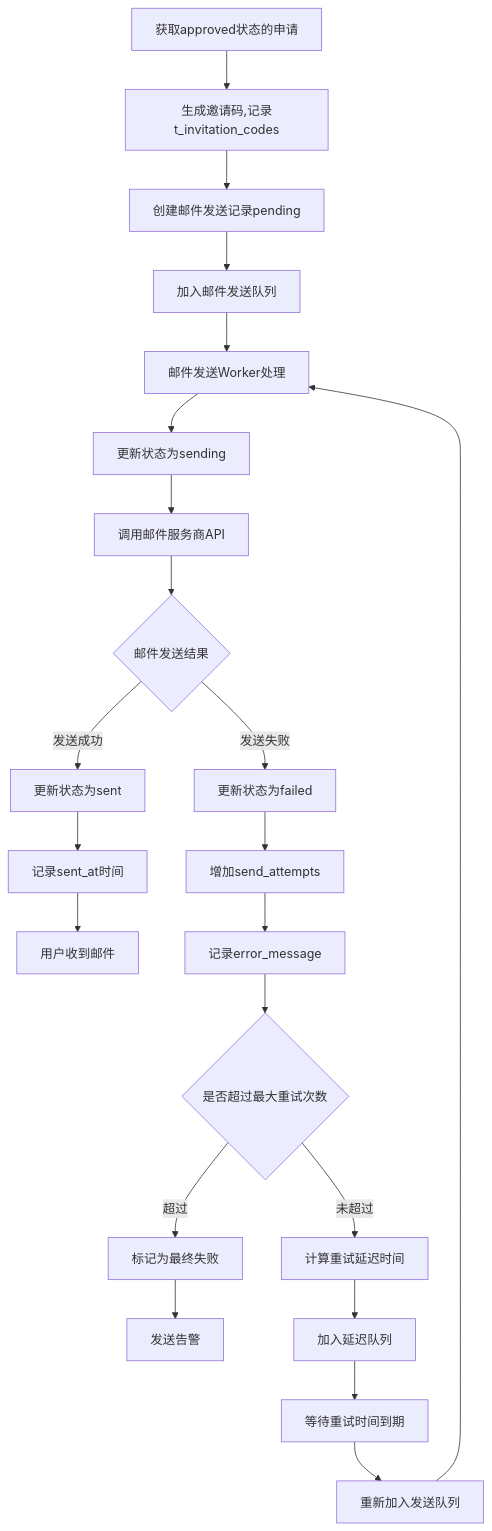
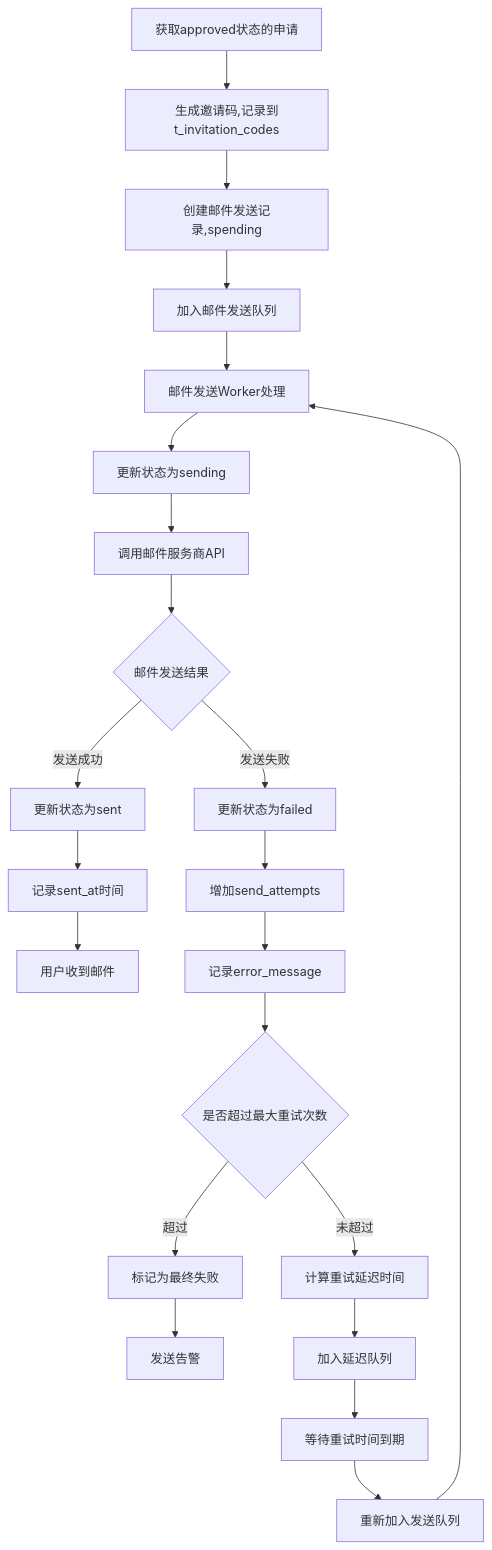
Before and after one commit to yingjianzh/iodraw-files: the diagram in all/未命名-77.md, drawn with Mermaid.

Commit message:
2025-07-08 10:05:14 update

````diff
--- a/all/未命名-77.md
+++ b/all/未命名-77.md
@@ -1,29 +1,29 @@
 ```mermaid
 
 flowchart TD
-    A[获取approved状态的申请] --> B[生成邀请码,记录t_invitation_codes]
-    B --> C[创建邮件发送记录pending]
+    A[获取approved状态的申请] --> B[生成邀请码,记录到t_invitation_codes]
+    B --> C[创建邮件发送记录,spending]
     C --> D[加入邮件发送队列]
     
     D --> E[邮件发送Worker处理]
     E --> F[更新状态为sending]
     F --> G[调用邮件服务商API]
     G --> H{邮件发送结果}
     
     H -->|发送成功| I[更新状态为sent]
     I --> J[记录sent_at时间]
     J --> K[用户收到邮件]
     
     H -->|发送失败| L[更新状态为failed]
     L --> M[增加send_attempts]
     M --> N[记录error_message]
     N --> O{是否超过最大重试次数}
     O -->|超过| P[标记为最终失败]
     P --> Q[发送告警]
     O -->|未超过| R[计算重试延迟时间]
     R --> S[加入延迟队列]
     S --> T[等待重试时间到期]
     T --> U[重新加入发送队列]
     U --> E
 
 ```
````
